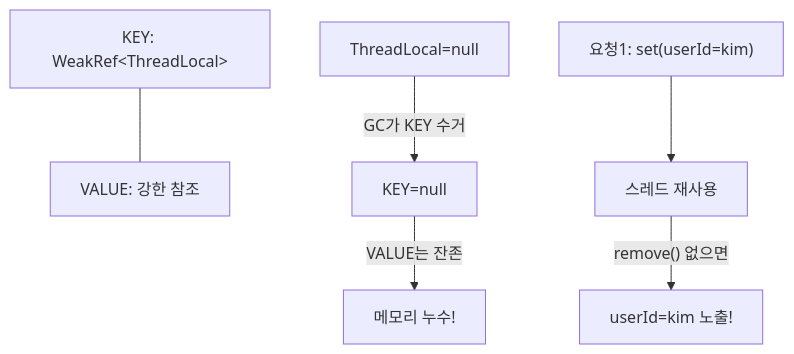
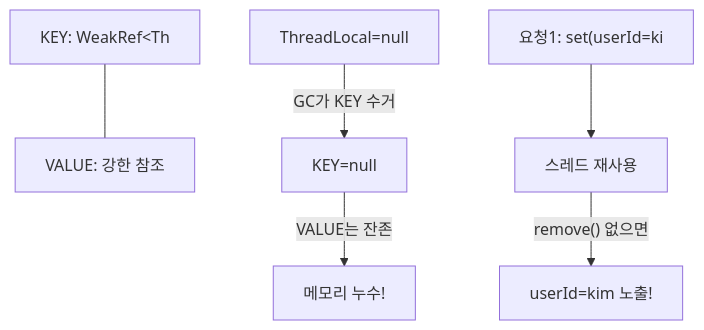
Before and after one commit to yjkim2015/yjkim2015.github.io: diagram 17 of 17 in _posts/java/2026-05-01-java-thread.md, drawn with Mermaid. The commit also changed other lines of this file and 271 other files, not shown here.

First line of the commit message:
Mermaid 라벨 축소: 긴 노드 텍스트 18자 이하로 트림 + \n 제거

````diff
--- a/_posts/java/2026-05-01-java-thread.md
+++ b/_posts/java/2026-05-01-java-thread.md
@@ -1763,8 +1763,8 @@
 ```mermaid
 graph TD
-    KEY["KEY: WeakRef&lt;ThreadLocal&gt;"] --- VAL["VALUE: 강한 참조"]
+    KEY["KEY: WeakRef&lt;Th"] --- VAL["VALUE: 강한 참조"]
     TL["ThreadLocal=null"] -->|"GC가 KEY 수거"| GC["KEY=null"]
     GC -->|"VALUE는 잔존"| LEAK["메모리 누수!"]
-    REQ1["요청1: set(userId=kim)"] --> POOL["스레드 재사용"]
+    REQ1["요청1: set(userId=ki"] --> POOL["스레드 재사용"]
     POOL -->|"remove() 없으면"| LEAK2["userId=kim 노출!"]
 ```
````
